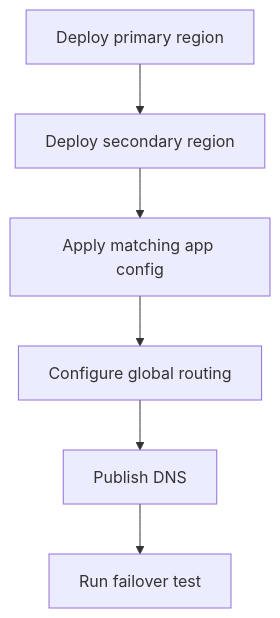
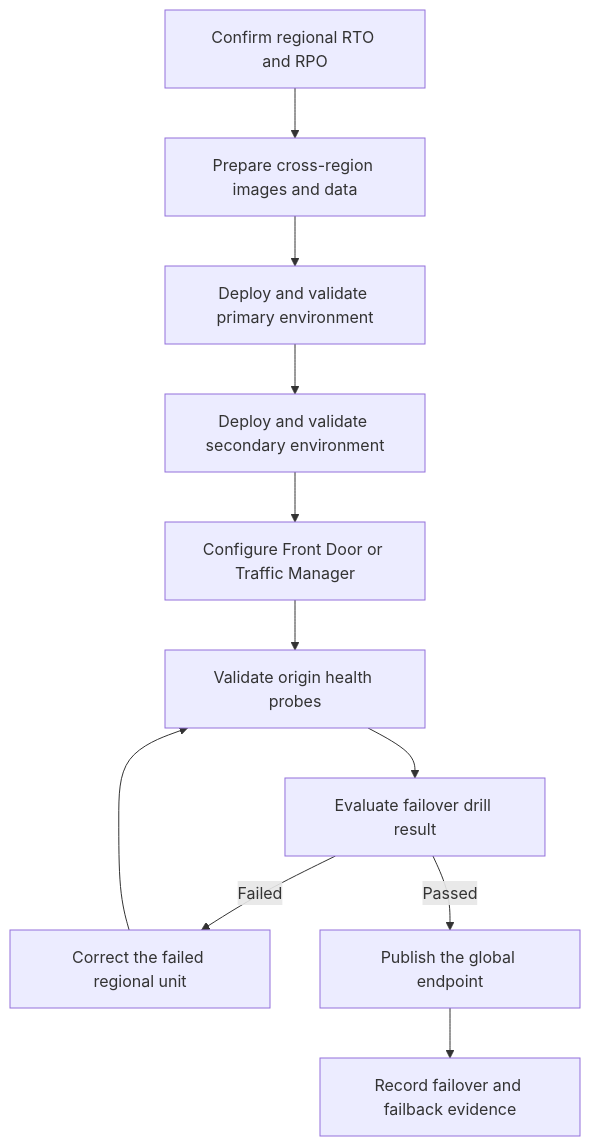
The diagram in docs/operations/disaster-recovery/multi-region-deployment.md (yeongseon/azure-container-apps-practical-guide), drawn with Mermaid before and after one commit. The commit also changed other lines of this file and 13 other files, not shown here.

First line of the commit message:
docs(diagrams): migrate the Container Apps operations diagrams (#614)

````diff
--- a/docs/operations/disaster-recovery/multi-region-deployment.md
+++ b/docs/operations/disaster-recovery/multi-region-deployment.md
@@ -70,8 +71,24 @@
 ```mermaid
 flowchart TD
-    A[Deploy primary region] --> B[Deploy secondary region]
-    B --> C[Apply matching app config]
-    C --> D[Configure global routing]
-    D --> E[Publish DNS]
-    E --> F[Run failover test]
+    OBJECTIVES[Confirm regional RTO and RPO]
+    DEPENDENCIES[Prepare cross-region images and data]
+    PRIMARY[Deploy and validate primary environment]
+    SECONDARY[Deploy and validate secondary environment]
+    ROUTING[Configure Front Door or Traffic Manager]
+    PROBES[Validate origin health probes]
+    CUTOVER[Evaluate failover drill result]
+    FIX[Correct the failed regional unit]
+    DNS[Publish the global endpoint]
+    RUNBOOK[Record failover and failback evidence]
+
+    OBJECTIVES --> DEPENDENCIES
+    DEPENDENCIES --> PRIMARY
+    PRIMARY --> SECONDARY
+    SECONDARY --> ROUTING
+    ROUTING --> PROBES
+    PROBES --> CUTOVER
+    CUTOVER -->|Failed| FIX
+    FIX --> PROBES
+    CUTOVER -->|Passed| DNS
+    DNS --> RUNBOOK
 ```
````
